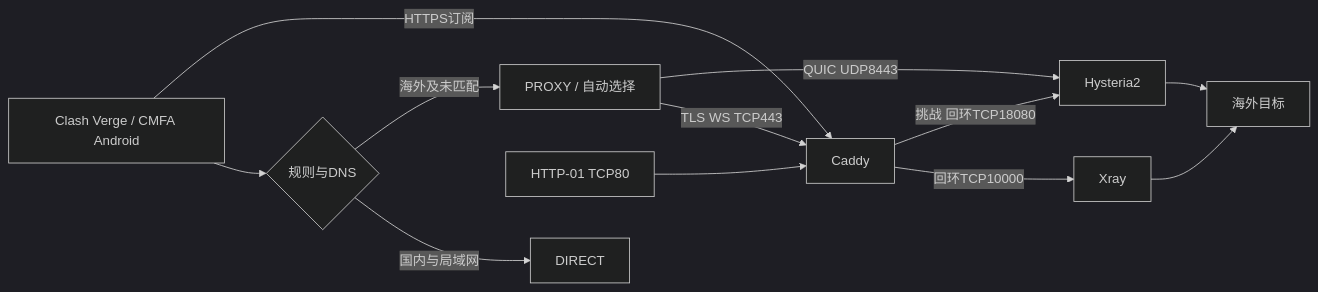
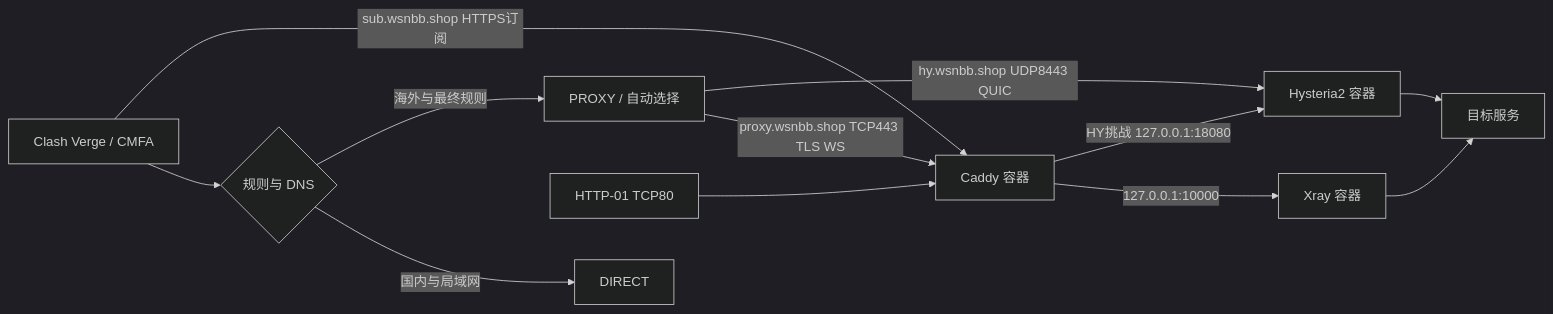
One commit to BugYuan64/Node changed the diagram in 项目最终架构.md. Above: the diagram before and after it, drawn with Mermaid (dark theme). The commit also changed other lines of this file and 14 other files, not shown here.

````diff
--- a/项目最终架构.md
+++ b/项目最终架构.md
@@ -11,14 +7,14 @@
-~~~mermaid
+```mermaid
 flowchart LR
-    M[Clash Verge / CMFA Android] --> R{规则与DNS}
+    M[Clash Verge / CMFA] --> R{规则与 DNS}
     R -->|国内与局域网| D[DIRECT]
-    R -->|海外及未匹配| G[PROXY / 自动选择]
-    G -->|TLS WS TCP443| C[Caddy]
-    C -->|回环TCP10000| X[Xray]
-    G -->|QUIC UDP8443| H[Hysteria2]
-    X --> F[海外目标]
+    R -->|海外与最终规则| G[PROXY / 自动选择]
+    G -->|proxy.wsnbb.shop TCP443 TLS WS| C[Caddy 容器]
+    C -->|127.0.0.1:10000| X[Xray 容器]
+    G -->|hy.wsnbb.shop UDP8443 QUIC| H[Hysteria2 容器]
+    M -->|sub.wsnbb.shop HTTPS订阅| C
+    A[HTTP-01 TCP80] --> C
+    C -->|HY挑战 127.0.0.1:18080| H
+    X --> F[目标服务]
     H --> F
-    M -->|HTTPS订阅| C
-    AC[HTTP-01 TCP80] --> C
-    C -->|挑战 回环TCP18080| H
-~~~
+```
````
